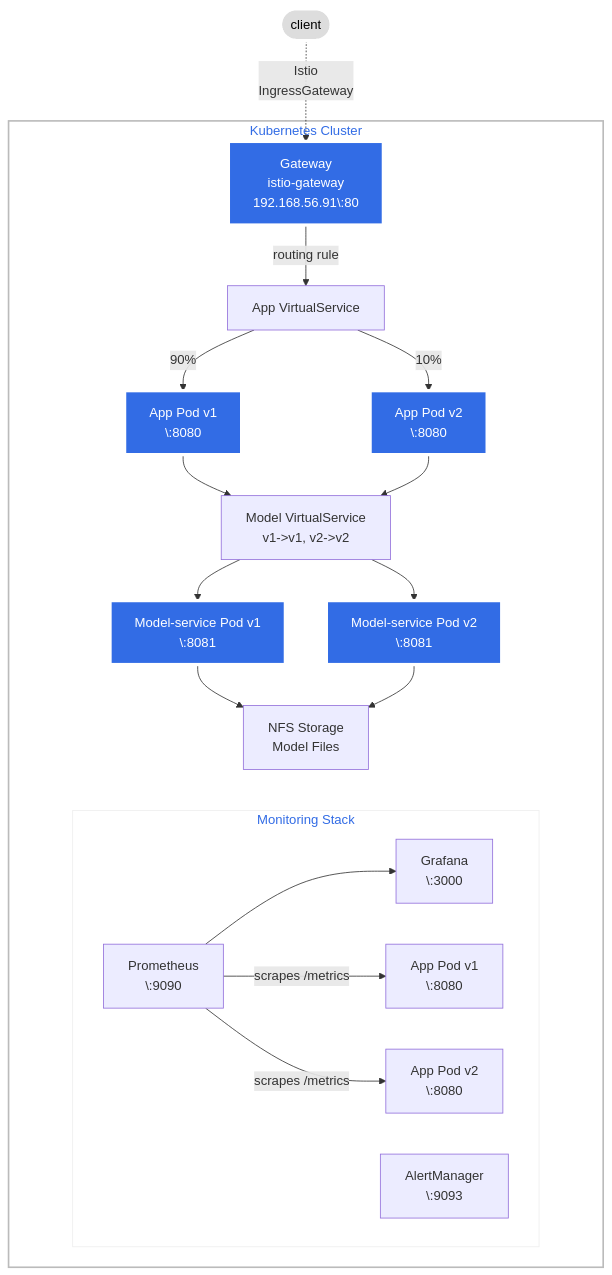
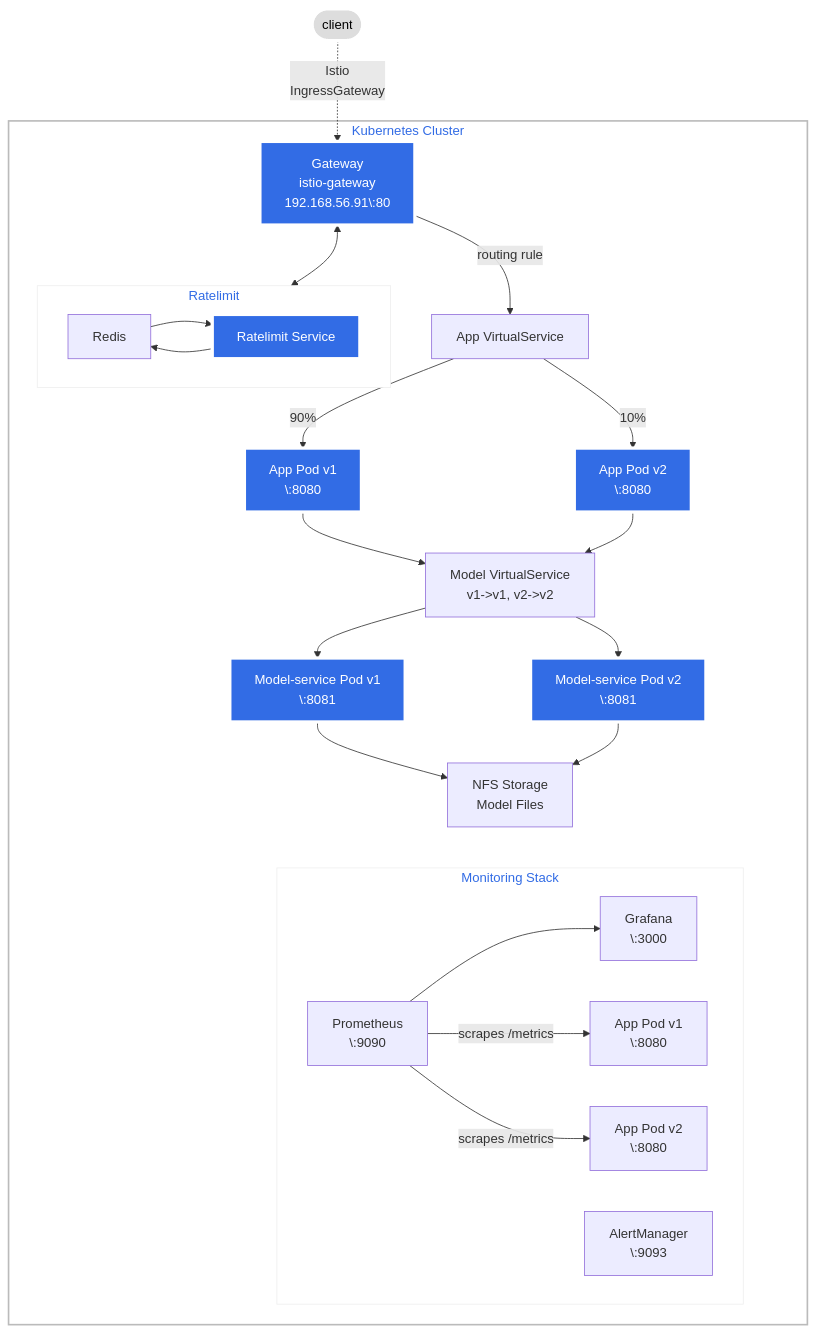
Before and after one commit to doda25-team6/operation: the first of 4 diagrams in docs/deployment.md, drawn with Mermaid. The commit also changed other lines of this file, not shown here.

````diff
--- a/docs/deployment.md
+++ b/docs/deployment.md
@@ -51,48 +51,56 @@
 ```mermaid
 graph TD;
   client([client]) -. Istio <br> IngressGateway .-> ingress;
 
   subgraph cluster [Kubernetes Cluster]
     ingress[Gateway <br> istio-gateway <br> 192.168.56.91\:80]
     vs1[App VirtualService]
     app_pod1[App Pod v1 <br> \:8080]
     app_pod2[App Pod v2 <br> \:8080]
     vs2["Model VirtualService <br> v1->v1, v2->v2"]
     model_pod1[Model-service Pod v1 <br> \:8081]
     model_pod2[Model-service Pod v2 <br> \:8081]
     nfs[NFS Storage <br> Model Files]
-
-    ingress -->|routing rule| vs1
+    
+    subgraph ratelimit [Ratelimit]
+      ratelimit_redis[Redis]  
+      ratelimit_service[Ratelimit Service]
+      ratelimit_redis --> ratelimit_service
+      ratelimit_service --> ratelimit_redis
+    end
+    ingress ~~~ ratelimit
+    ingress <--> ratelimit
+    ingress  -->|routing rule| vs1
     vs1 -->|90%| app_pod1
     vs1 -->|10%| app_pod2
     app_pod1 --> vs2
     app_pod2 --> vs2
     vs2 --> model_pod1
     vs2 --> model_pod2
     model_pod1 --> nfs
     model_pod2 --> nfs
 
     %% Hidden link to force monitoring to the bottom
     nfs ~~~ monitoring
 
     %% Nested Subgraph
     subgraph monitoring [Monitoring Stack]
       prom[Prometheus <br> \:9090] --> graf[Grafana <br> \:3000]
       prom --> |scrapes /metrics|app1[App Pod v1 <br> \:8080]
       prom --> |scrapes /metrics|app2[App Pod v2 <br> \:8080]
       alert[AlertManager <br> \:9093]
     end
   end
 
   %% Styling
   classDef plain fill:#ddd,stroke:#fff,stroke-width:4px,color:#000;
   classDef k8s fill:#326ce5,stroke:#fff,stroke-width:4px,color:#fff;
   classDef cluster_style fill:#fff,stroke:#bbb,stroke-width:2px,color:#326ce5;
   classDef monitor_style fill:#fff,stroke:#eee,stroke-width:1px,color:#326ce5;
 
   class client plain;
-  class ingress,app_pod1,app_pod2,model_pod1,model_pod2 k8s;
+  class ingress,ratelimit_service,app_pod1,app_pod2,model_pod1,model_pod2 k8s;
   class cluster cluster_style;
-  class monitoring monitor_style;
+  class monitoring,ratelimit monitor_style;
 
 ```
````
